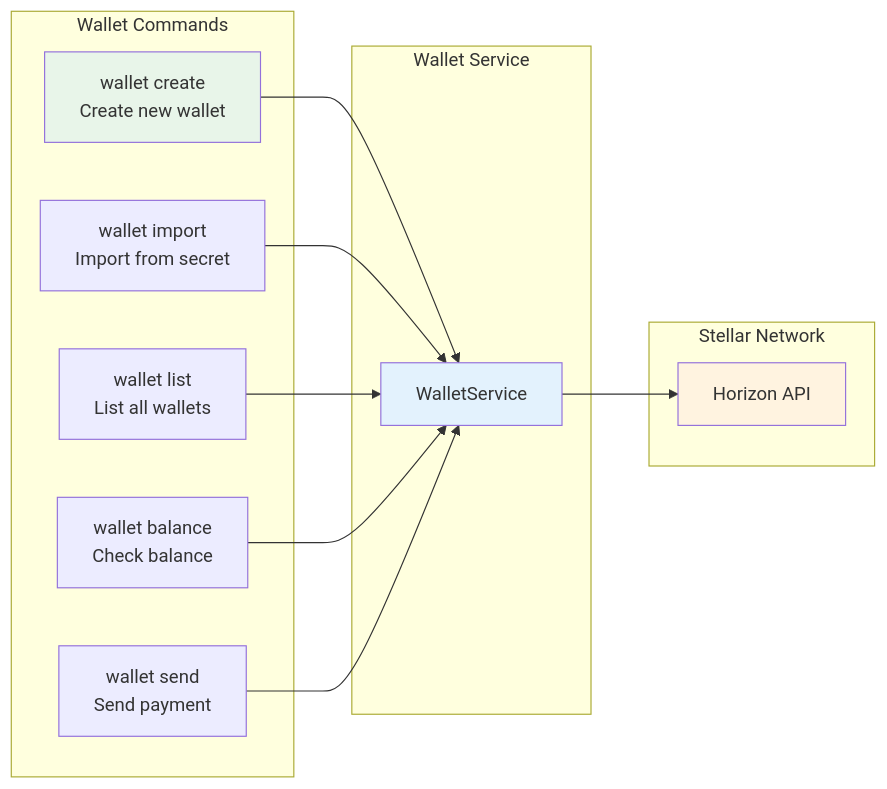
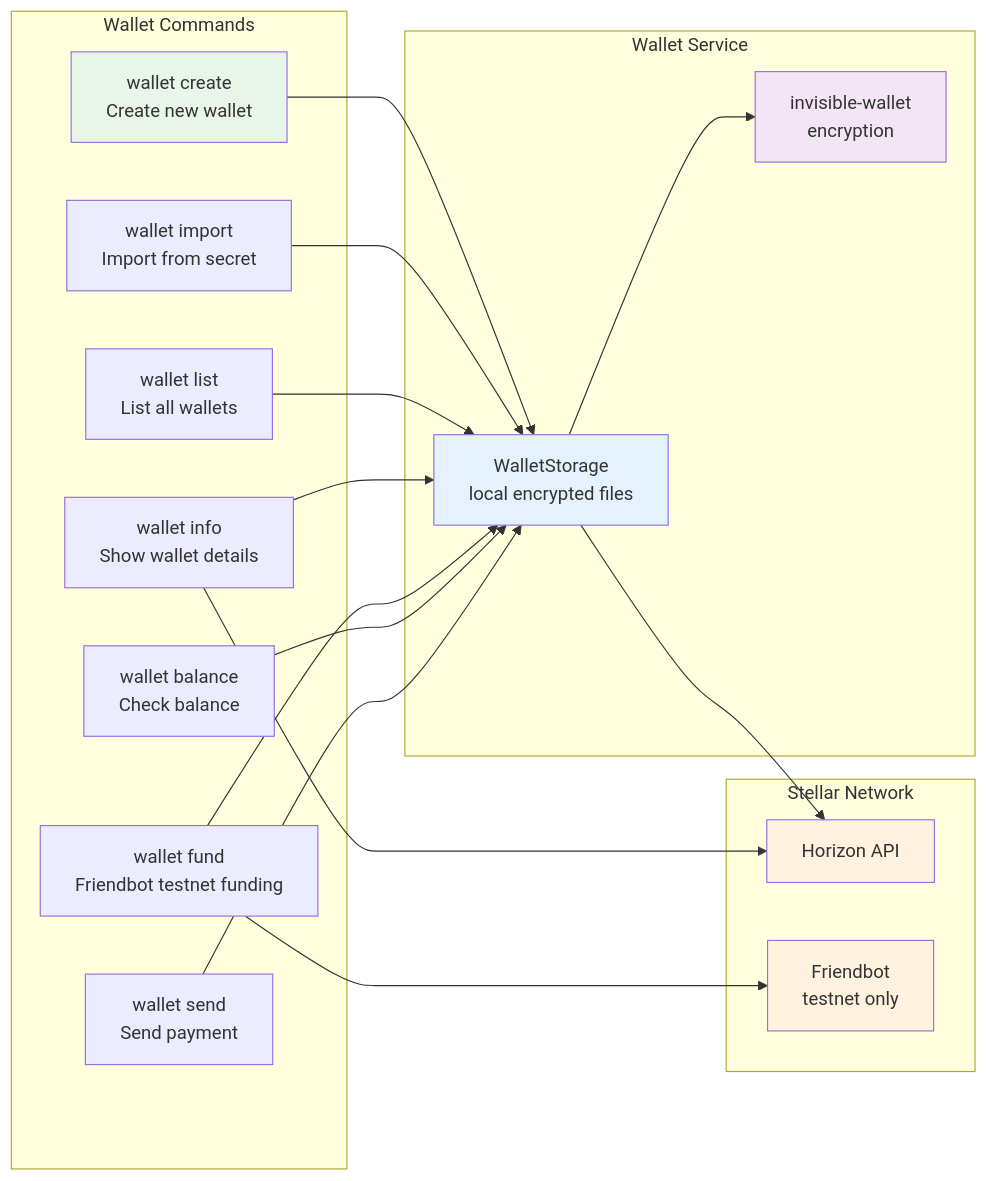
Diagram 48 of 54 in docs/ARCHITECTURE.md (Galaxy-KJ/Galaxy-DevKit), drawn with Mermaid before and after one commit. The commit also changed other lines of this file and 4 other files, not shown here.

````diff
--- a/docs/ARCHITECTURE.md
+++ b/docs/ARCHITECTURE.md
@@ -2728,30 +2732,41 @@
 ```mermaid
 graph LR
     subgraph "Wallet Commands"
         Create[wallet create<br/>Create new wallet]
         Import[wallet import<br/>Import from secret]
         List[wallet list<br/>List all wallets]
+        Info[wallet info<br/>Show wallet details]
+        Fund[wallet fund<br/>Friendbot testnet funding]
         Balance[wallet balance<br/>Check balance]
         Send[wallet send<br/>Send payment]
     end
 
     subgraph "Wallet Service"
-        WS[WalletService]
+        WS[WalletStorage<br/>local encrypted files]
+        IWEnc[invisible-wallet<br/>encryption]
     end
 
     subgraph "Stellar Network"
         Horizon[Horizon API]
+        Friendbot[Friendbot<br/>testnet only]
     end
 
     Create --> WS
     Import --> WS
     List --> WS
+    Info --> WS
+    Fund --> WS
     Balance --> WS
     Send --> WS
 
+    WS --> IWEnc
+    Info --> Horizon
+    Fund --> Friendbot
     WS --> Horizon
 
     style Create fill:#e8f5e9
     style WS fill:#e3f2fd
+    style IWEnc fill:#f3e5f5
     style Horizon fill:#fff3e0
+    style Friendbot fill:#fff3e0
 ```
````
